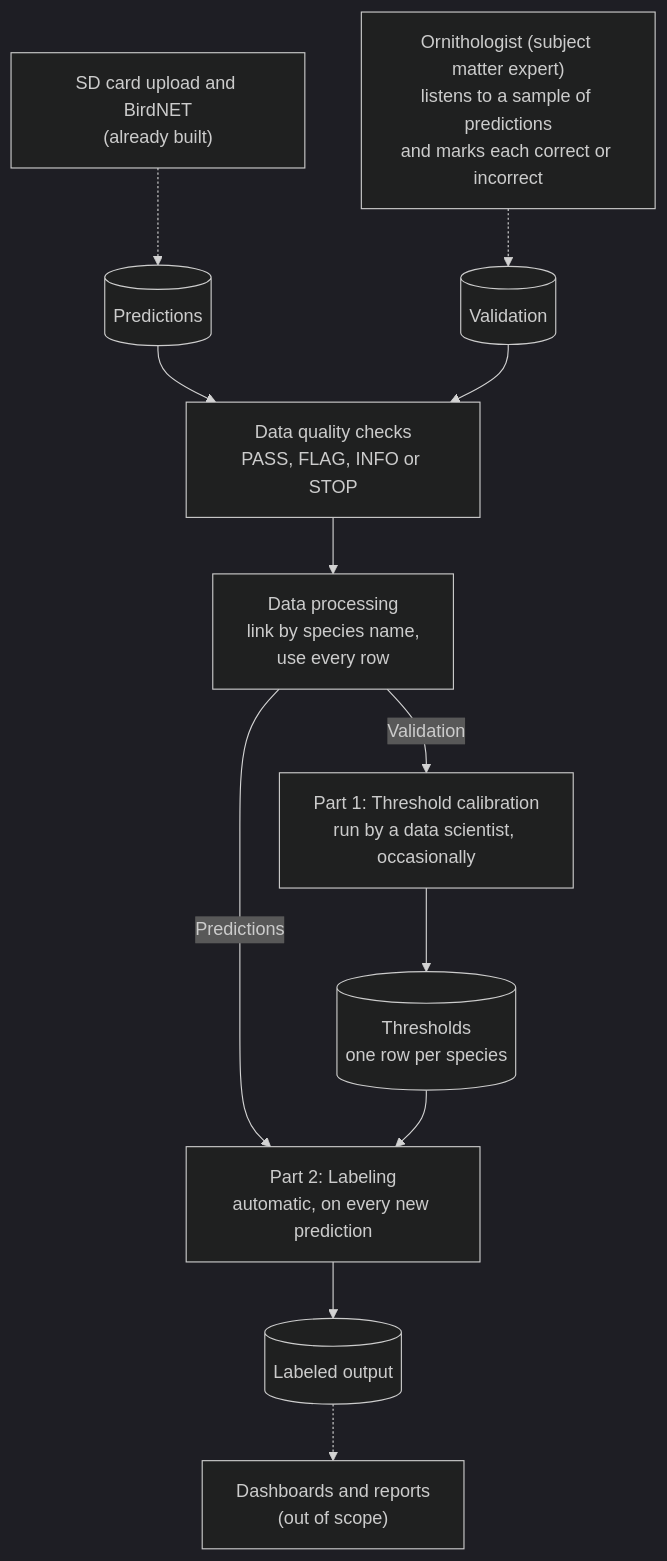
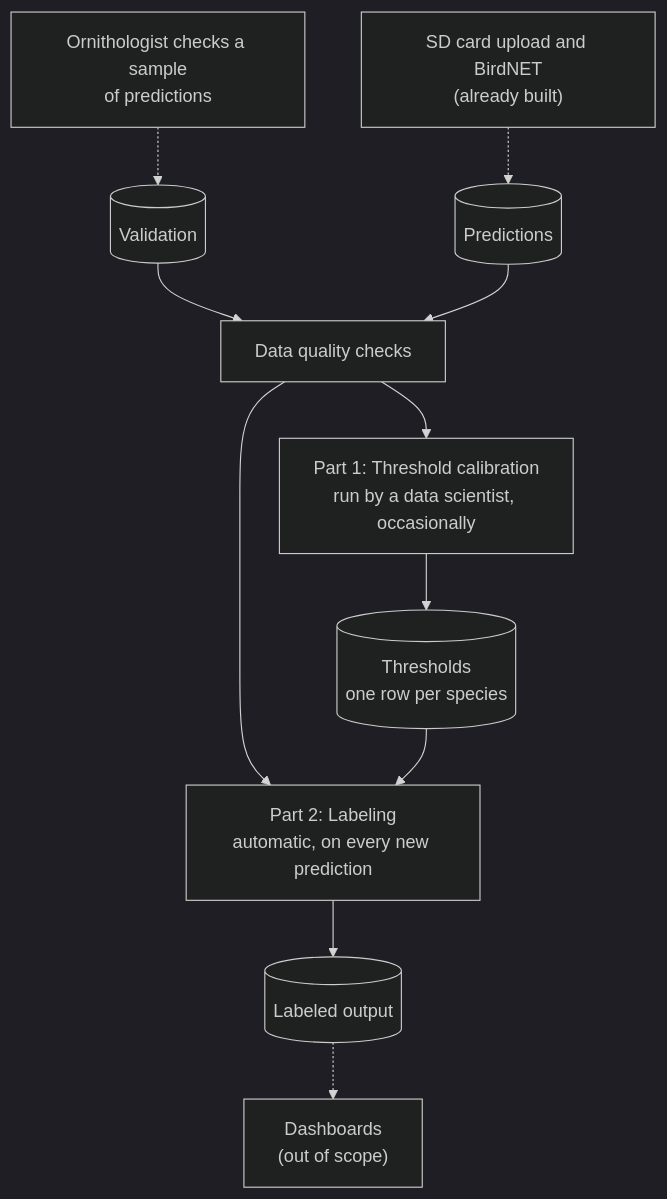
One commit to srcohen/NS_SDS_TakeHomeProject_SCohen changed the diagram in Data_Birds/Tech_Requirements.md. Above: the diagram before and after it, drawn with Mermaid (dark theme). The commit also changed other lines of this file and 1 other file, not shown here.

````diff
--- a/Data_Birds/Tech_Requirements.md
+++ b/Data_Birds/Tech_Requirements.md
@@ -53,26 +11,24 @@
 ```mermaid
 flowchart TD
-    SME["Ornithologist (subject matter expert)<br/>listens to a sample of predictions<br/>and marks each correct or incorrect"]
+    SME["Ornithologist checks a sample<br/>of predictions"]
     U["SD card upload and BirdNET<br/>(already built)"]
+    V[("Validation")]
     P[("Predictions")]
-    V[("Validation")]
-    QC["Data quality checks<br/>PASS, FLAG, INFO or STOP"]
-    DP["Data processing<br/>link by species name,<br/>use every row"]
+    QC["Data quality checks"]
     P1["Part 1: Threshold calibration<br/>run by a data scientist, occasionally"]
     T[("Thresholds<br/>one row per species")]
     P2["Part 2: Labeling<br/>automatic, on every new prediction"]
     L[("Labeled output")]
-    D["Dashboards and reports<br/>(out of scope)"]
+    D["Dashboards<br/>(out of scope)"]
 
     SME -.-> V
     U -.-> P
+    V --> QC
     P --> QC
-    V --> QC
-    QC --> DP
-    DP -->|Validation| P1
-    DP -->|Predictions| P2
+    QC --> P1
+    QC --> P2
     P1 --> T
     T --> P2
     P2 --> L
     L -.-> D
 ```
````
